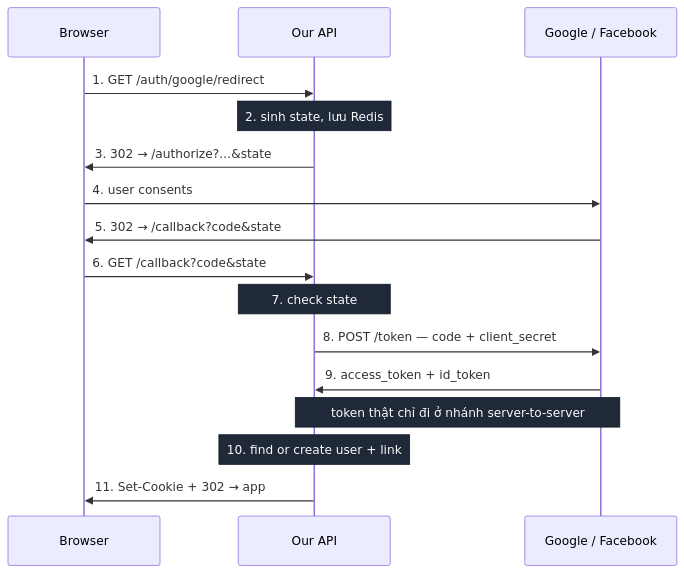
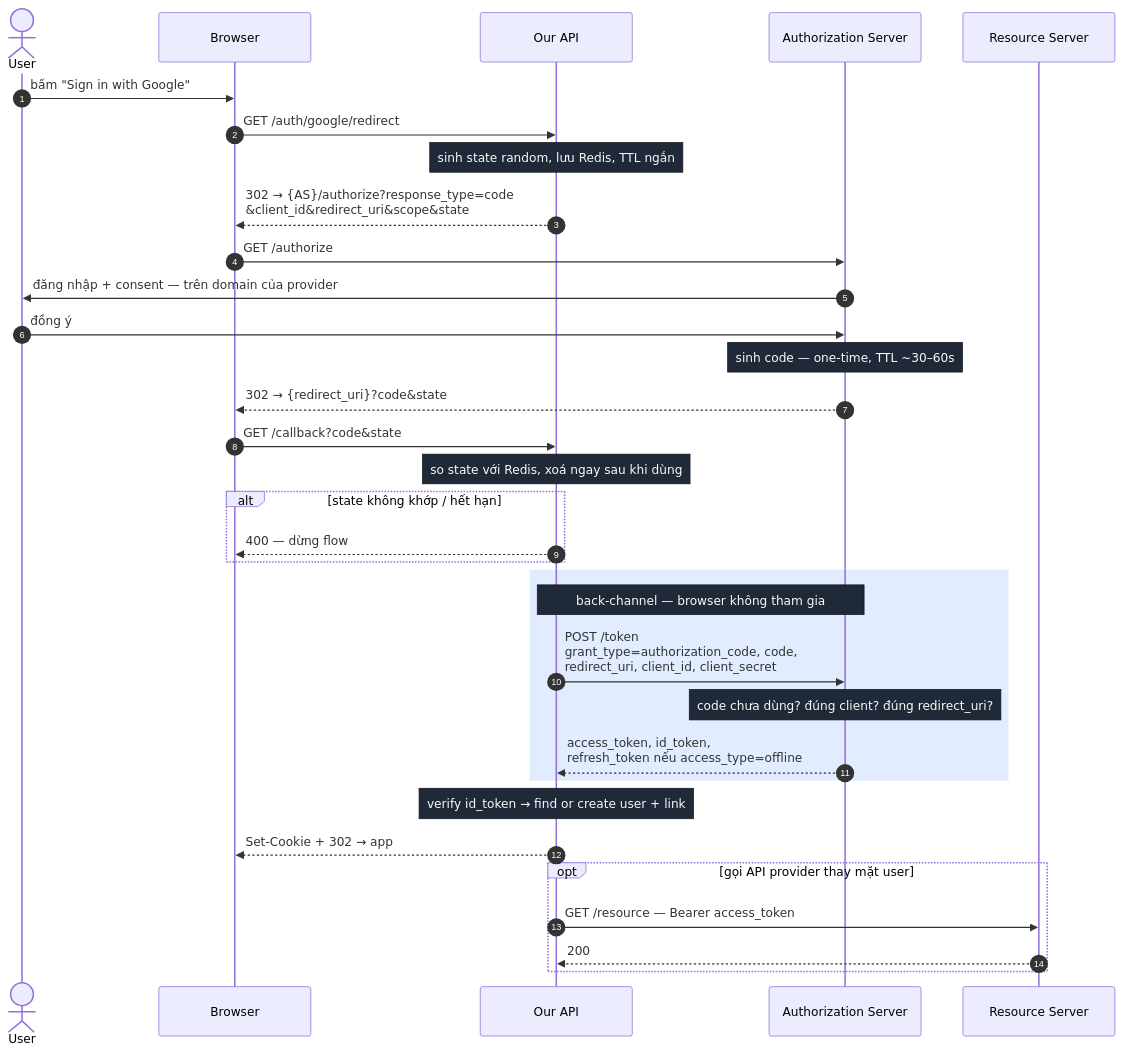
Before and after one commit to hoangb0410/project-docs: the second of 4 diagrams in OAUTH-FLOWS.md, drawn with Mermaid. The commit also changed other lines of this file, not shown here.

````diff
--- a/OAUTH-FLOWS.md
+++ b/OAUTH-FLOWS.md
@@ -106,27 +115,44 @@
 ```mermaid
 %%{init: {
   'sequence': { 'messageAlign': 'left', 'width': 200 },
   'themeVariables': {
     'noteBkgColor': '#1F2937',
     'noteTextColor': '#F9FAFB',
     'noteBorderColor': '#111827'
   }
 }}%%
 sequenceDiagram
+    autonumber
+    actor U as User
     participant B as Browser
     participant A as Our API
-    participant P as Google / Facebook
+    participant AS as Authorization Server
+    participant RS as Resource Server
 
-    B->>A: 1. GET /auth/google/redirect
-    Note over A: 2. sinh state, lưu Redis
-    A->>B: 3. 302 → /authorize?…&state
-    B->>P: 4. user consents
-    P->>B: 5. 302 → /callback?code&state
-    B->>A: 6. GET /callback?code&state
-    Note over A: 7. check state
-    A->>P: 8. POST /token — code + client_secret
-    P->>A: 9. access_token + id_token
-    Note over A,P: token thật chỉ đi ở nhánh server-to-server
-    Note over A: 10. find or create user + link
-    A->>B: 11. Set-Cookie + 302 → app
+    U->>B: bấm "Sign in with Google"
+    B->>A: GET /auth/google/redirect
+    Note over A: sinh state random, lưu Redis, TTL ngắn
+    A-->>B: 302 → {AS}/authorize?response_type=code<br/>&client_id&redirect_uri&scope&state
+    B->>AS: GET /authorize
+    AS->>U: đăng nhập + consent — trên domain của provider
+    U->>AS: đồng ý
+    Note over AS: sinh code — one-time, TTL ~30–60s
+    AS-->>B: 302 → {redirect_uri}?code&state
+    B->>A: GET /callback?code&state
+    Note over A: so state với Redis, xoá ngay sau khi dùng
+    alt state không khớp / hết hạn
+        A-->>B: 400 — dừng flow
+    end
+    rect rgba(59,130,246,0.15)
+        Note over A,AS: back-channel — browser không tham gia
+        A->>AS: POST /token<br/>grant_type=authorization_code, code,<br/>redirect_uri, client_id, client_secret
+        Note over AS: code chưa dùng? đúng client? đúng redirect_uri?
+        AS-->>A: access_token, id_token,<br/>refresh_token nếu access_type=offline
+    end
+    Note over A: verify id_token → find or create user + link
+    A-->>B: Set-Cookie + 302 → app
+    opt gọi API provider thay mặt user
+        A->>RS: GET /resource — Bearer access_token
+        RS-->>A: 200
+    end
 ```
````
